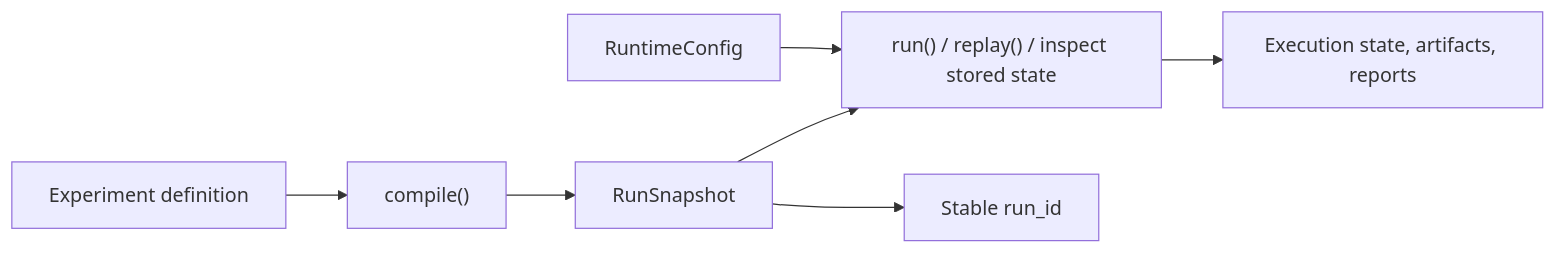
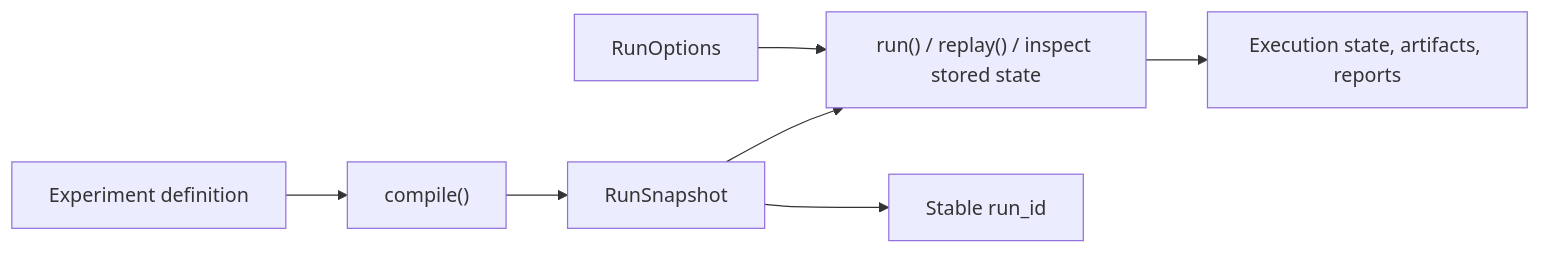
Before and after one commit to Pittawat2542/themis: the diagram in docs/explanation/compile-vs-run.md, drawn with Mermaid. The commit also changed 117 other files, not shown here.

````diff
--- a/docs/explanation/compile-vs-run.md
+++ b/docs/explanation/compile-vs-run.md
@@ -20,9 +20,9 @@
 ```mermaid
 flowchart LR
     A["Experiment definition"] --> B["compile()"]
     B --> C["RunSnapshot"]
     C --> D["run() / replay() / inspect stored state"]
-    E["RuntimeConfig"] --> D
+    E["RunOptions"] --> D
     C --> F["Stable run_id"]
     D --> G["Execution state, artifacts, reports"]
 ```
````
